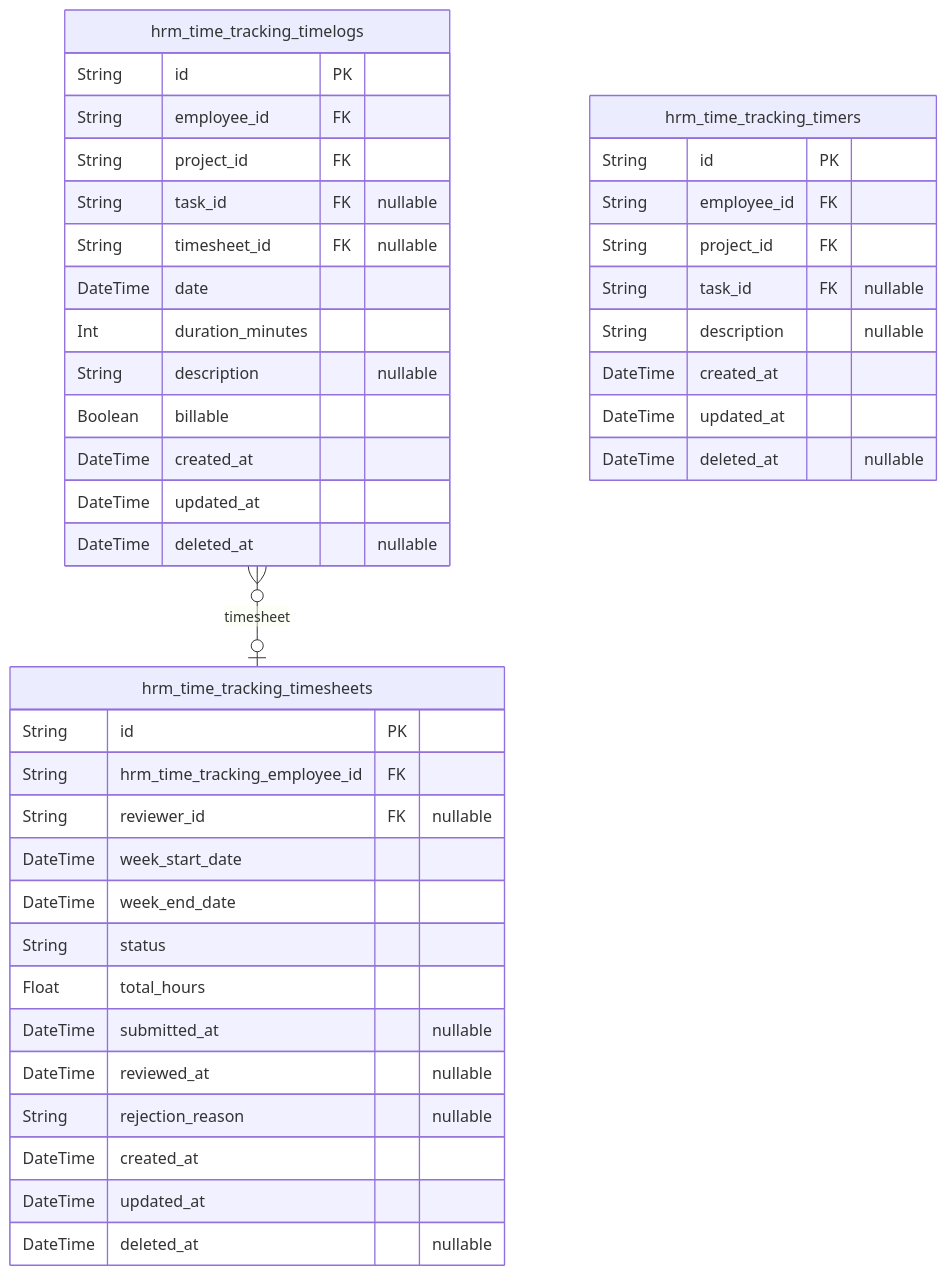
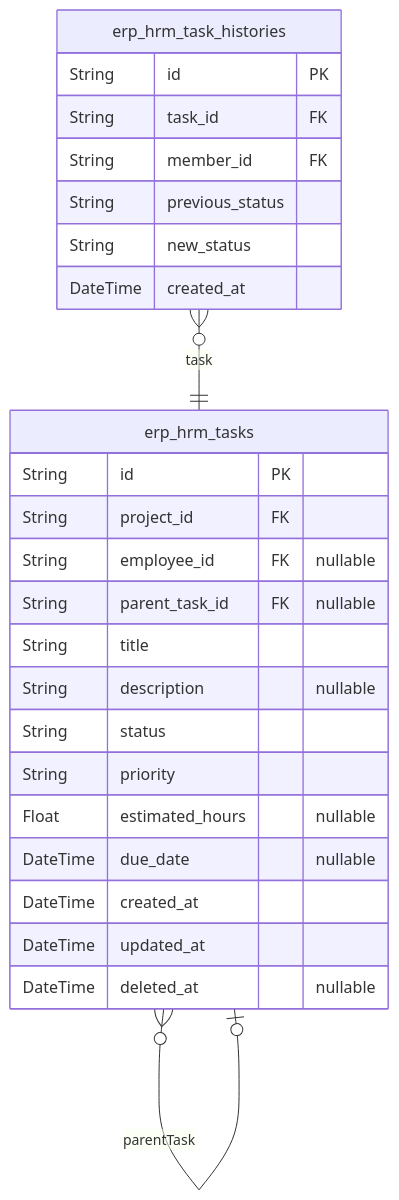
The seventh of 10 diagrams in z-ai/glm-5/erp/docs/ERD.md (wrtnlabs/autobe-examples), drawn with Mermaid before and after one commit. The commit also changed other lines of this file and 3761 other files, not shown here.

````diff
--- a/z-ai/glm-5/erp/docs/ERD.md
+++ b/z-ai/glm-5/erp/docs/ERD.md
@@ -935,43 +744,28 @@
 ```mermaid
 erDiagram
-"hrm_time_tracking_timelogs" {
+"erp_hrm_tasks" {
   String id PK
-  String employee_id FK
   String project_id FK
-  String task_id FK "nullable"
-  String timesheet_id FK "nullable"
-  DateTime date
-  Int duration_minutes
+  String employee_id FK "nullable"
+  String parent_task_id FK "nullable"
+  String title
   String description "nullable"
-  Boolean billable
+  String status
+  String priority
+  Float estimated_hours "nullable"
+  DateTime due_date "nullable"
   DateTime created_at
   DateTime updated_at
   DateTime deleted_at "nullable"
 }
-"hrm_time_tracking_timesheets" {
+"erp_hrm_task_histories" {
   String id PK
-  String hrm_time_tracking_employee_id FK
-  String reviewer_id FK "nullable"
-  DateTime week_start_date
-  DateTime week_end_date
-  String status
-  Float total_hours
-  DateTime submitted_at "nullable"
-  DateTime reviewed_at "nullable"
-  String rejection_reason "nullable"
+  String task_id FK
+  String member_id FK
+  String previous_status
+  String new_status
   DateTime created_at
-  DateTime updated_at
-  DateTime deleted_at "nullable"
 }
-"hrm_time_tracking_timers" {
-  String id PK
-  String employee_id FK
-  String project_id FK
-  String task_id FK "nullable"
-  String description "nullable"
-  DateTime created_at
-  DateTime updated_at
-  DateTime deleted_at "nullable"
-}
-"hrm_time_tracking_timelogs" }o--o| "hrm_time_tracking_timesheets" : timesheet
+"erp_hrm_tasks" }o--o| "erp_hrm_tasks" : parentTask
+"erp_hrm_task_histories" }o--|| "erp_hrm_tasks" : task
 ```
````
